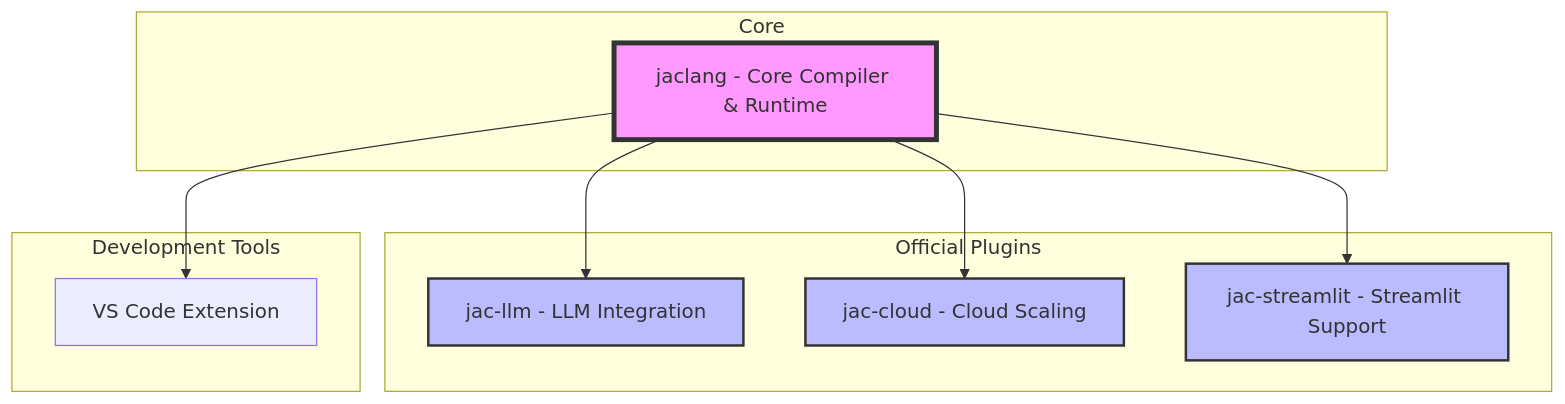
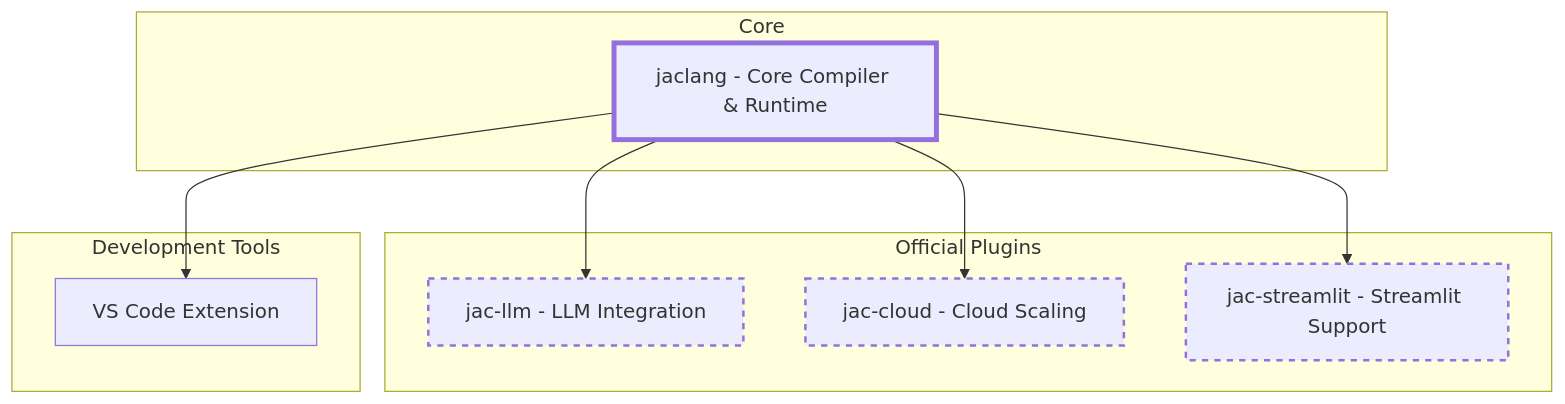
Before and after one commit to marsninja/blog: the fourth of 9 diagrams in docs/blog/posts/welcome.md, drawn with Mermaid. The commit also changed other lines of this file, not shown here.

````diff
--- a/docs/blog/posts/welcome.md
+++ b/docs/blog/posts/welcome.md
@@ -120,26 +120,26 @@
 ```mermaid
 graph TB
     subgraph "Core"
         JL[jaclang - Core Compiler & Runtime]
     end
     
     subgraph "Official Plugins"
         PLLM[jac-llm - LLM Integration]
         PC[jac-cloud - Cloud Scaling]
         PS[jac-streamlit - Streamlit Support]
     end
     
     subgraph "Development Tools"
         VSC[VS Code Extension]
     end
     
     JL --> PLLM
     JL --> PC
     JL --> PS
     JL --> VSC
-    
-    style JL fill:#f9f,stroke:#333,stroke-width:4px
-    style PLLM fill:#bbf,stroke:#333,stroke-width:2px
-    style PC fill:#bbf,stroke:#333,stroke-width:2px
-    style PS fill:#bbf,stroke:#333,stroke-width:2px
+
+    style JL stroke-width:4px
+    style PLLM stroke-width:2px,stroke-dasharray: 5 5
+    style PC stroke-width:2px,stroke-dasharray: 5 5
+    style PS stroke-width:2px,stroke-dasharray: 5 5
 ```
````
